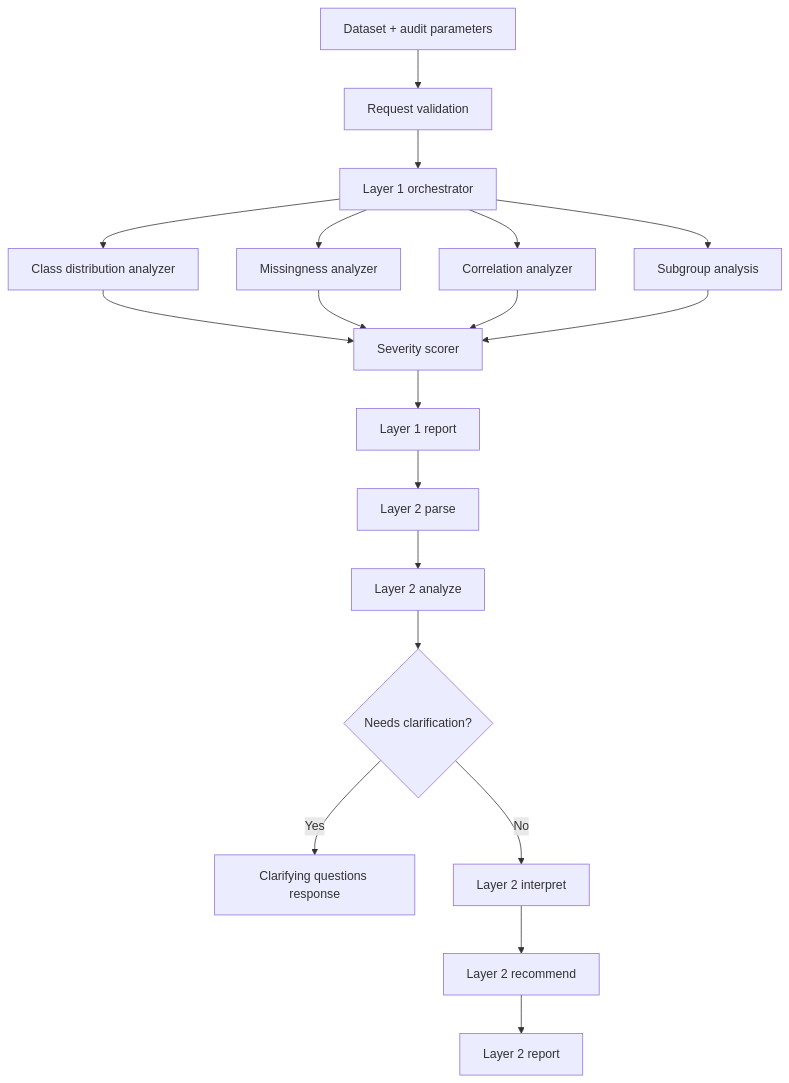
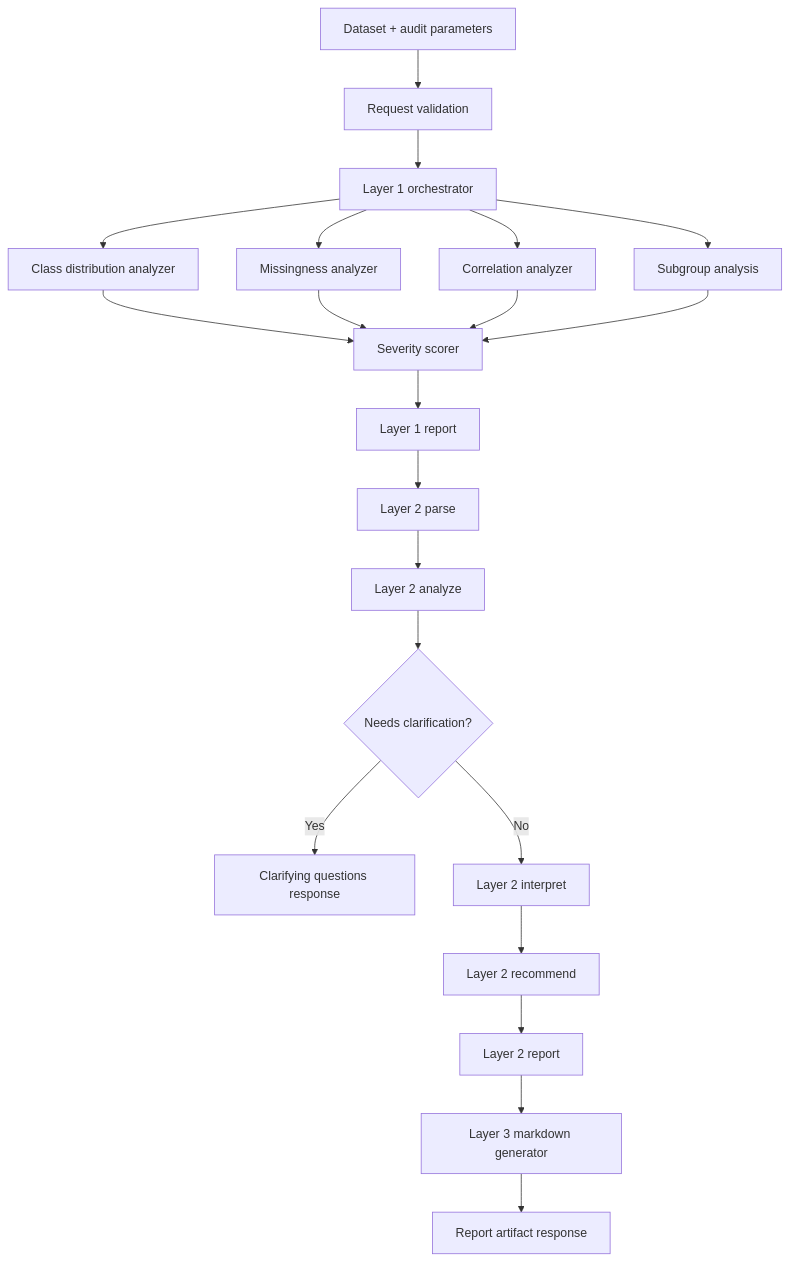
Before and after one commit to haseebraza715/AuditLens: the diagram in ARCHITECTURE.md, drawn with Mermaid. The commit also changed other lines of this file and 2 other files, not shown here.

Commit message:
docs: document layer3 markdown report delivery

````diff
--- a/ARCHITECTURE.md
+++ b/ARCHITECTURE.md
@@ -39,21 +41,23 @@
 ```mermaid
 graph TD
     A["Dataset + audit parameters"] --> B["Request validation"]
     B --> C["Layer 1 orchestrator"]
     C --> D["Class distribution analyzer"]
     C --> E["Missingness analyzer"]
     C --> F["Correlation analyzer"]
     C --> G["Subgroup analysis"]
     D --> H["Severity scorer"]
     E --> H
     F --> H
     G --> H
     H --> I["Layer 1 report"]
     I --> J["Layer 2 parse"]
     J --> K["Layer 2 analyze"]
     K --> L{"Needs clarification?"}
     L -->|Yes| M["Clarifying questions response"]
     L -->|No| N["Layer 2 interpret"]
     N --> O["Layer 2 recommend"]
     O --> P["Layer 2 report"]
+    P --> Q["Layer 3 markdown generator"]
+    Q --> R["Report artifact response"]
 ```
````
